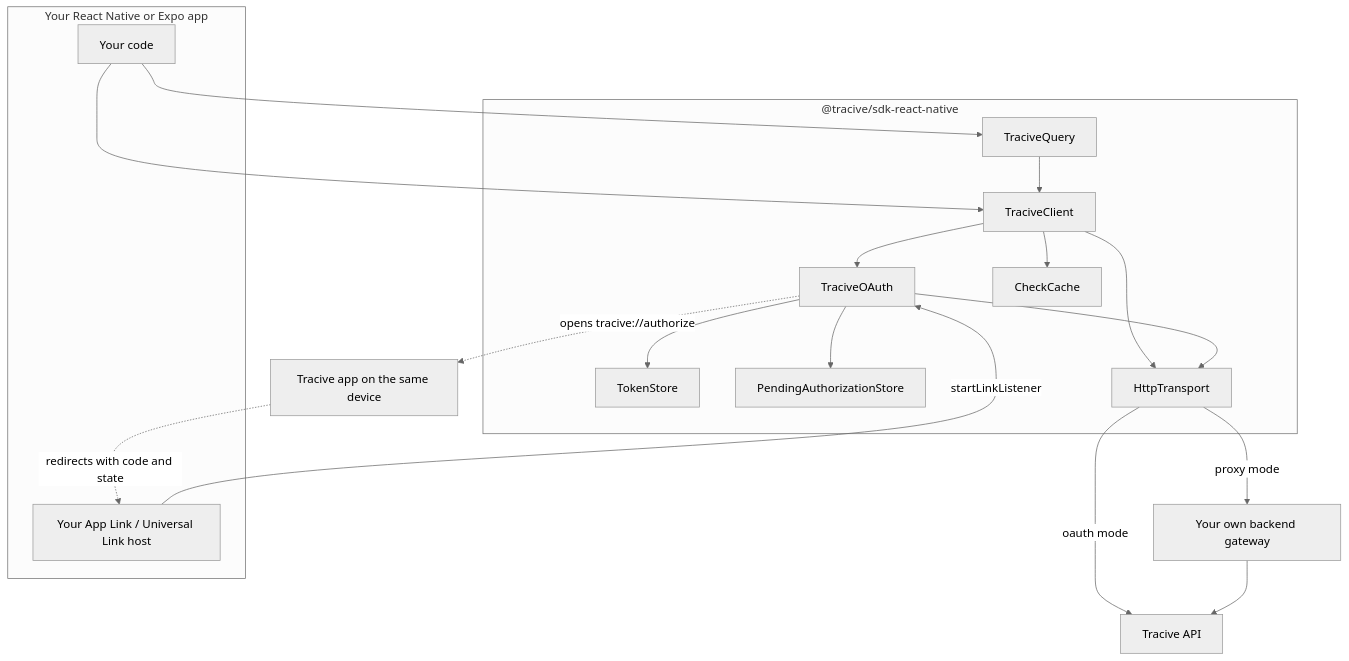
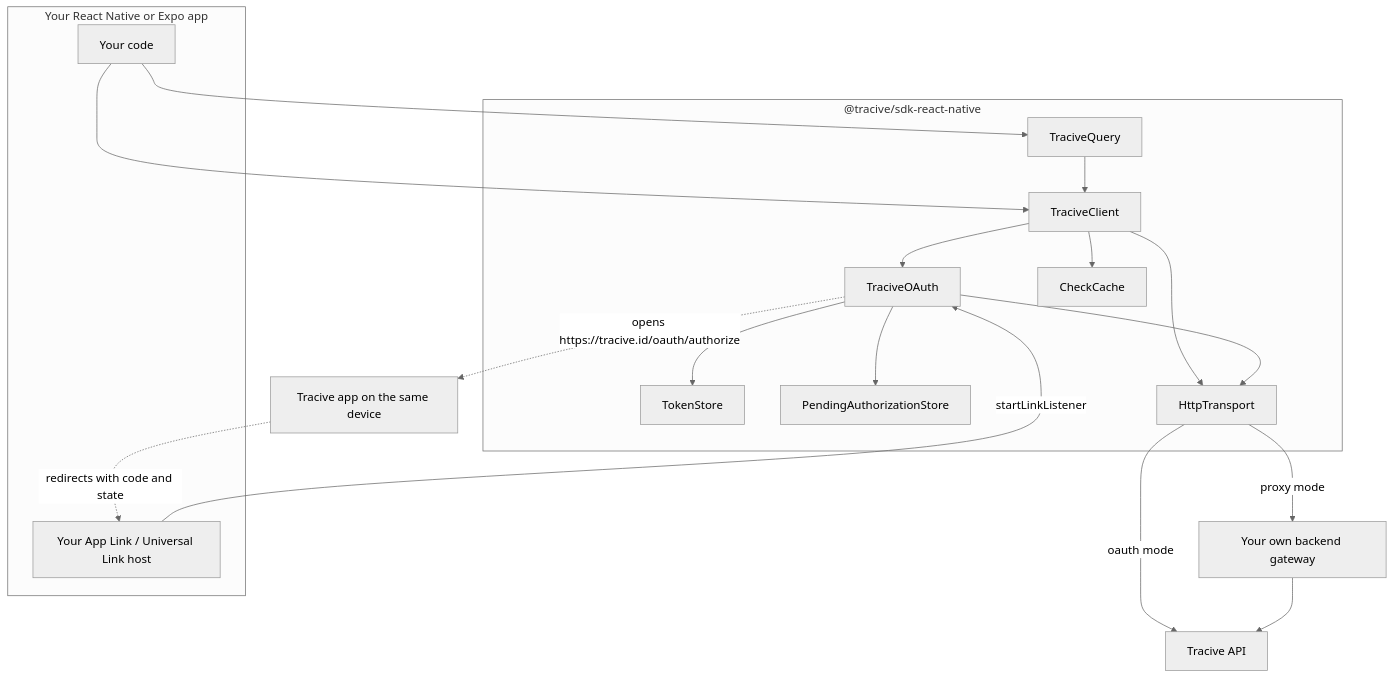
One commit to pleistocent/tracive-sdk-react-native changed the first of 6 diagrams in docs/architecture.md. Above: the diagram before and after it, drawn with Mermaid (neutral theme). The commit also changed other lines of this file and 3 other files, not shown here.

````diff
--- a/docs/architecture.md
+++ b/docs/architecture.md
@@ -33,37 +33,37 @@
 ```mermaid
 flowchart TD
   subgraph Host["Your React Native or Expo app"]
     Code["Your code"]
     Redirect["Your App Link / Universal Link host"]
   end
 
   subgraph SDK["@tracive/sdk-react-native"]
     Query["TraciveQuery"]
     Client["TraciveClient"]
     OAuth["TraciveOAuth"]
     Cache["CheckCache"]
     Tokens["TokenStore"]
     Pending["PendingAuthorizationStore"]
     Transport["HttpTransport"]
   end
 
   TraciveApp["Tracive app on the same device"]
   Api["Tracive API"]
   Gateway["Your own backend gateway"]
 
   Code --> Query
   Query --> Client
   Code --> Client
   Client --> Cache
   Client --> OAuth
   Client --> Transport
   OAuth --> Tokens
   OAuth --> Pending
   OAuth --> Transport
-  OAuth -.->|"opens tracive://authorize"| TraciveApp
+  OAuth -.->|"opens https://tracive.id/oauth/authorize"| TraciveApp
   TraciveApp -.->|"redirects with code and state"| Redirect
   Redirect -->|"startLinkListener"| OAuth
   Transport -->|"oauth mode"| Api
   Transport -->|"proxy mode"| Gateway
   Gateway --> Api
 ```
````
